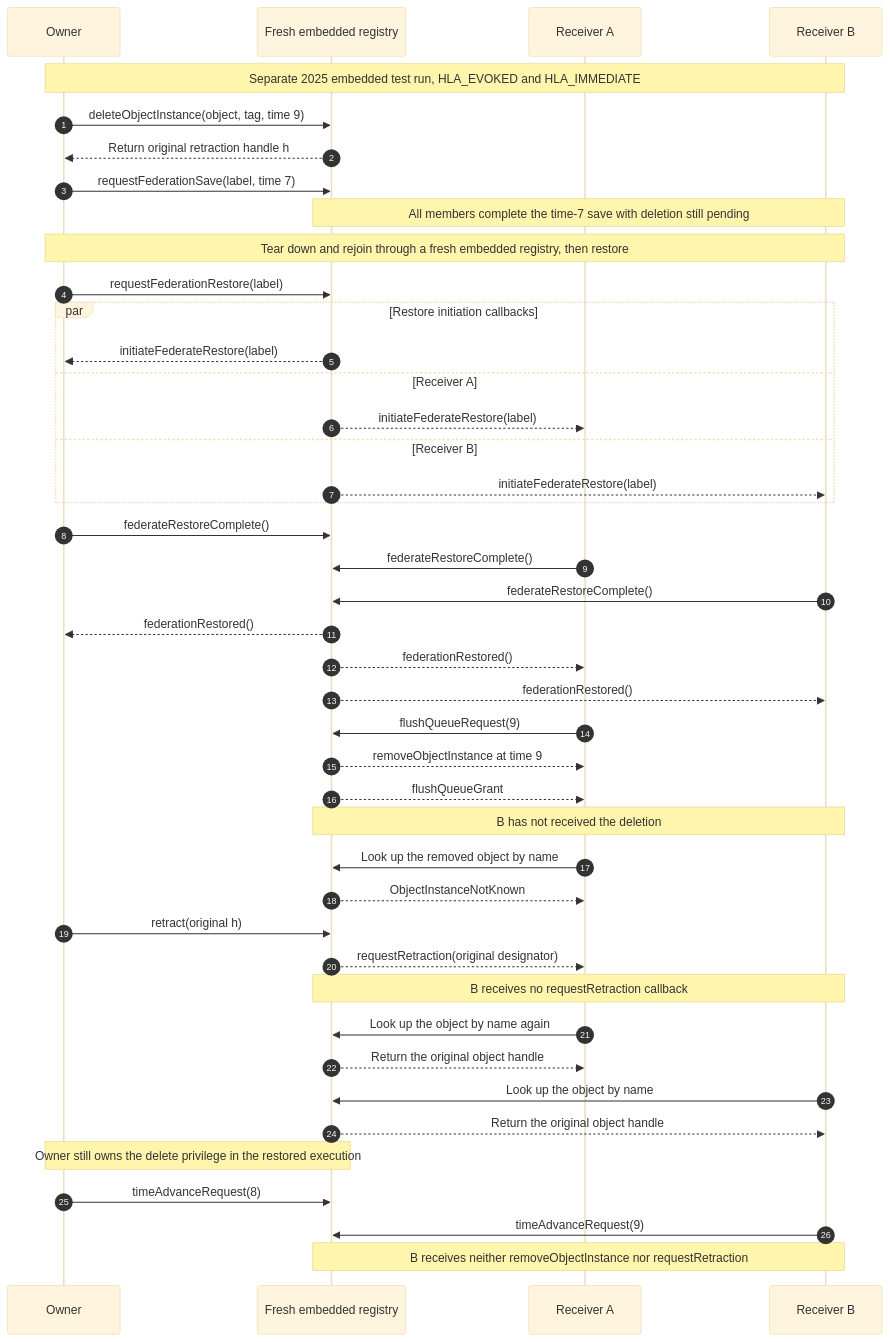
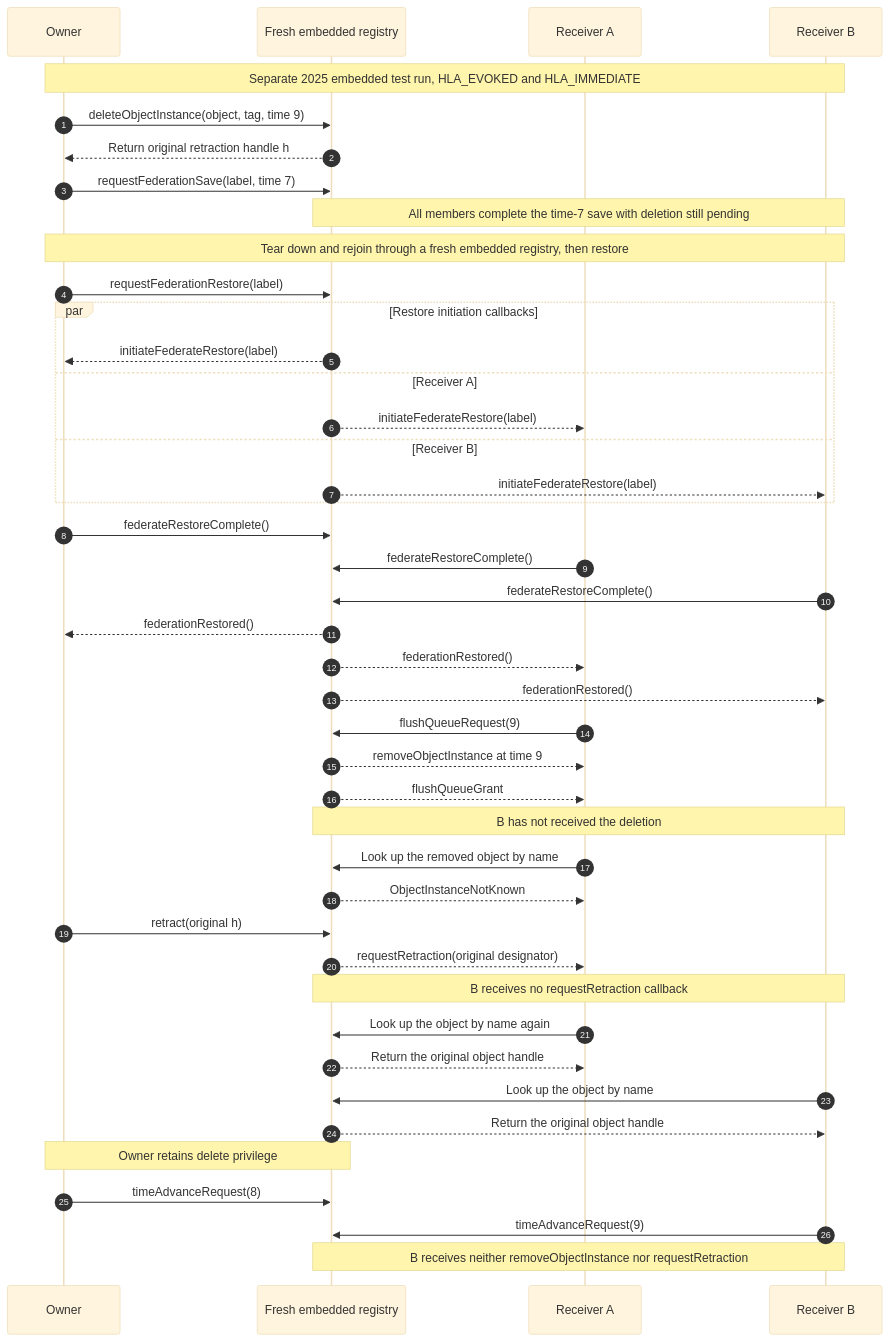
One commit to sheepfling/umbra changed diagram 24 of 33 in docs/design/HLA-2025-FEDERATION-SAVE-RESTORE-FLOW-GUIDE.md. Above: the diagram before and after it, drawn with Mermaid (base theme). The commit also changed other lines of this file and 39 other files, not shown here.

Commit message:
Document IEEE 1516.1-2025 behavior flows

````diff
--- a/docs/design/HLA-2025-FEDERATION-SAVE-RESTORE-FLOW-GUIDE.md
+++ b/docs/design/HLA-2025-FEDERATION-SAVE-RESTORE-FLOW-GUIDE.md
@@ -1543,49 +2033,49 @@
 ```mermaid
 sequenceDiagram
   autonumber
   participant Owner
   participant RTI as Fresh embedded registry
   participant A as Receiver A
   participant B as Receiver B
 
   Note over Owner,B: Separate 2025 embedded test run, HLA_EVOKED and HLA_IMMEDIATE
   Owner->>RTI: deleteObjectInstance(object, tag, time 9)
   RTI-->>Owner: Return original retraction handle h
   Owner->>RTI: requestFederationSave(label, time 7)
   Note over RTI,B: All members complete the time-7 save with deletion still pending
   Note over Owner,B: Tear down and rejoin through a fresh embedded registry, then restore
   Owner->>RTI: requestFederationRestore(label)
   par Restore initiation callbacks
     RTI-->>Owner: initiateFederateRestore(label)
   and Receiver A
     RTI-->>A: initiateFederateRestore(label)
   and Receiver B
     RTI-->>B: initiateFederateRestore(label)
   end
   Owner->>RTI: federateRestoreComplete()
   A->>RTI: federateRestoreComplete()
   B->>RTI: federateRestoreComplete()
   RTI-->>Owner: federationRestored()
   RTI-->>A: federationRestored()
   RTI-->>B: federationRestored()
 
   A->>RTI: flushQueueRequest(9)
   RTI-->>A: removeObjectInstance at time 9
   RTI-->>A: flushQueueGrant
   Note over B,RTI: B has not received the deletion
   A->>RTI: Look up the removed object by name
   RTI-->>A: ObjectInstanceNotKnown
 
   Owner->>RTI: retract(original h)
   RTI-->>A: requestRetraction(original designator)
   Note over RTI,B: B receives no requestRetraction callback
   A->>RTI: Look up the object by name again
   RTI-->>A: Return the original object handle
   B->>RTI: Look up the object by name
   RTI-->>B: Return the original object handle
-  Note over Owner,RTI: Owner still owns the delete privilege in the restored execution
+  Note over Owner,RTI: Owner retains delete privilege
 
   Owner->>RTI: timeAdvanceRequest(8)
   B->>RTI: timeAdvanceRequest(9)
   Note over RTI,B: B receives neither removeObjectInstance nor requestRetraction
 ```
````
